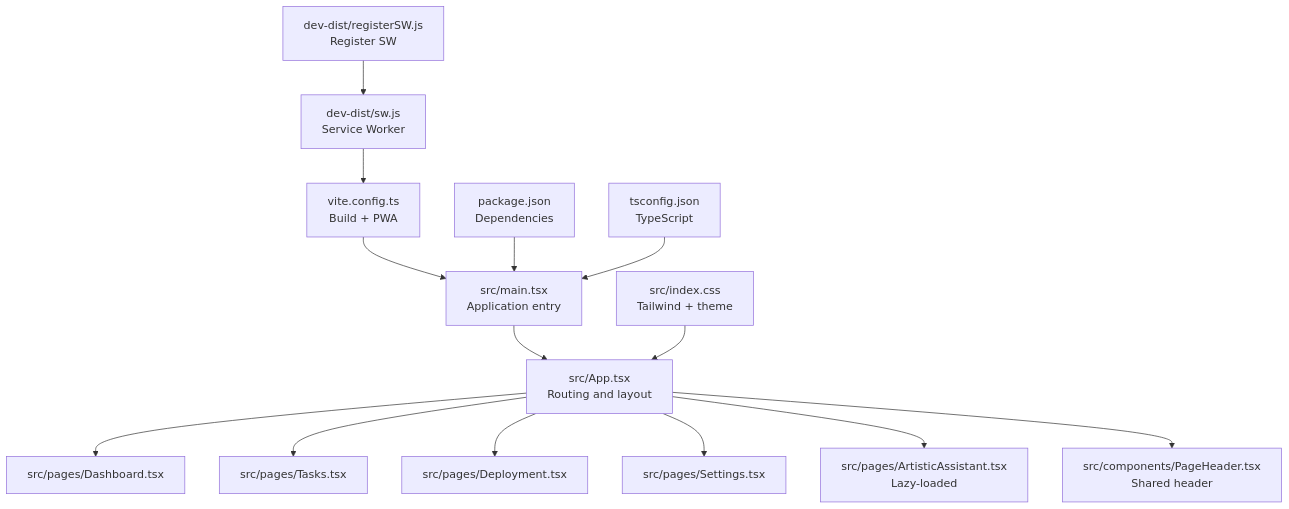
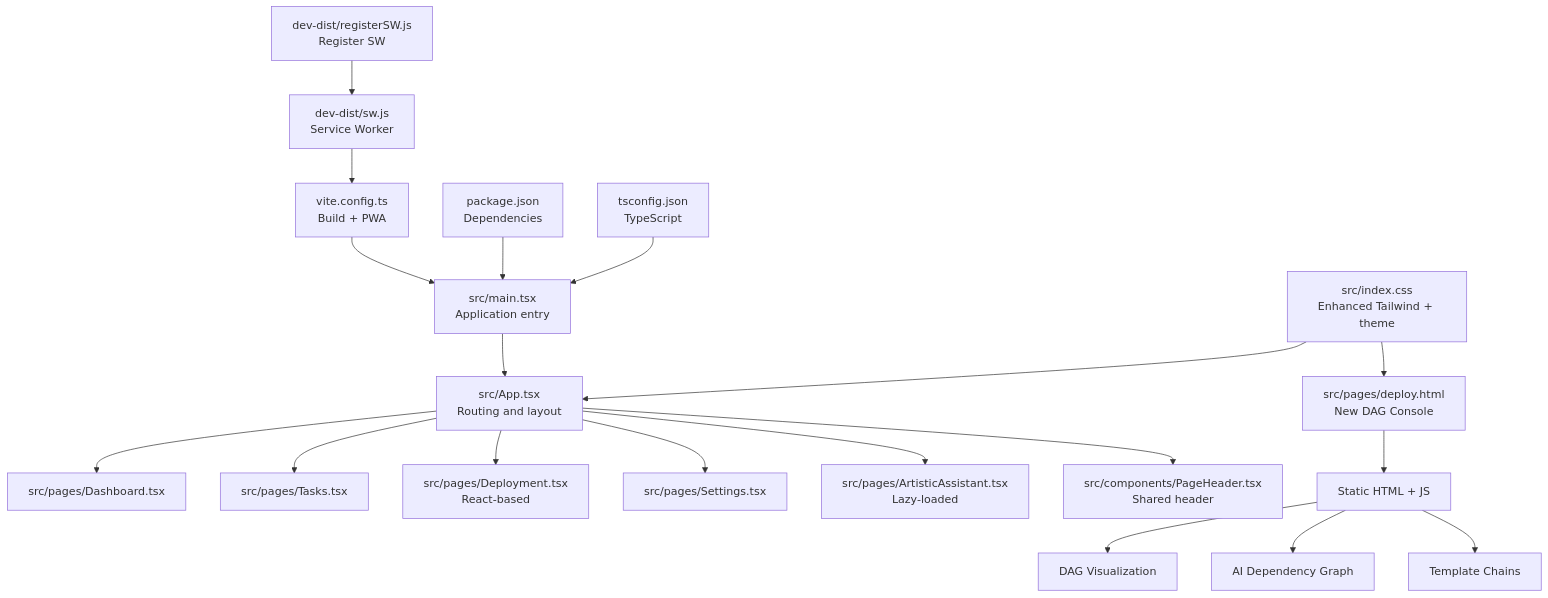
One commit to Glimora-X/work-helper changed the first of 5 diagrams in .qoder/repowiki/en/content/Frontend Application Architecture/Frontend Application Architecture.md. Above: the diagram before and after it, drawn with Mermaid. The commit also changed other lines of this file and 11 other files, not shown here.

First line of the commit message:
chore(deps): update package-lock.json dependencies and add @xyflow/react

````diff
--- a/.qoder/repowiki/en/content/Frontend Application Architecture/Frontend Application Architecture.md
+++ b/.qoder/repowiki/en/content/Frontend Application Architecture/Frontend Application Architecture.md
@@ -39,16 +50,21 @@
 ```mermaid
 graph TB
 A["src/main.tsx<br/>Application entry"] --> B["src/App.tsx<br/>Routing and layout"]
 B --> C["src/pages/Dashboard.tsx"]
 B --> D["src/pages/Tasks.tsx"]
-B --> E["src/pages/Deployment.tsx"]
+B --> E["src/pages/Deployment.tsx<br/>React-based"]
 B --> F["src/pages/Settings.tsx"]
 B --> G["src/pages/ArtisticAssistant.tsx<br/>Lazy-loaded"]
 B --> H["src/components/PageHeader.tsx<br/>Shared header"]
-I["src/index.css<br/>Tailwind + theme"] --> B
-J["vite.config.ts<br/>Build + PWA"] --> A
-K["package.json<br/>Dependencies"] --> A
-L["tsconfig.json<br/>TypeScript"] --> A
-M["dev-dist/sw.js<br/>Service Worker"] --> J
-N["dev-dist/registerSW.js<br/>Register SW"] --> M
+I["src/pages/deploy.html<br/>New DAG Console"] --> J["Static HTML + JS"]
+J --> K["DAG Visualization"]
+J --> L["AI Dependency Graph"]
+J --> M["Template Chains"]
+N["src/index.css<br/>Enhanced Tailwind + theme"] --> B
+N --> I
+O["vite.config.ts<br/>Build + PWA"] --> A
+P["package.json<br/>Dependencies"] --> A
+Q["tsconfig.json<br/>TypeScript"] --> A
+R["dev-dist/sw.js<br/>Service Worker"] --> O
+S["dev-dist/registerSW.js<br/>Register SW"] --> R
 ```
````
